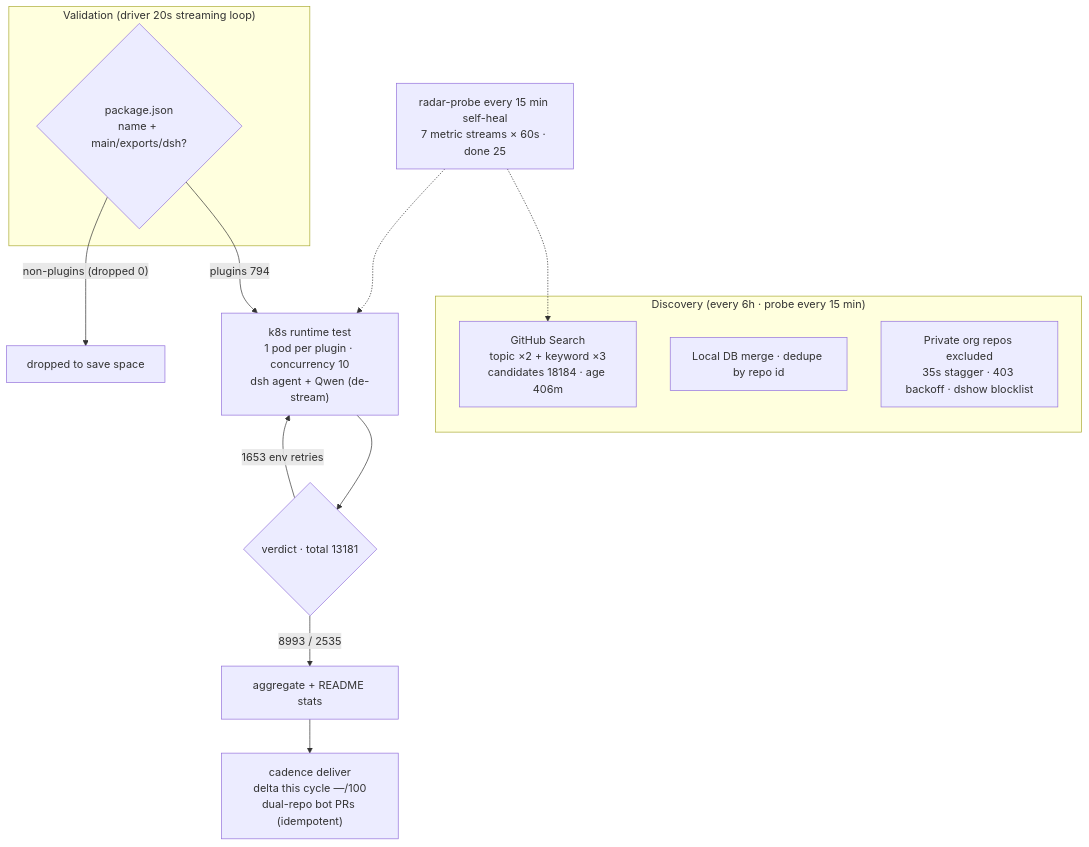
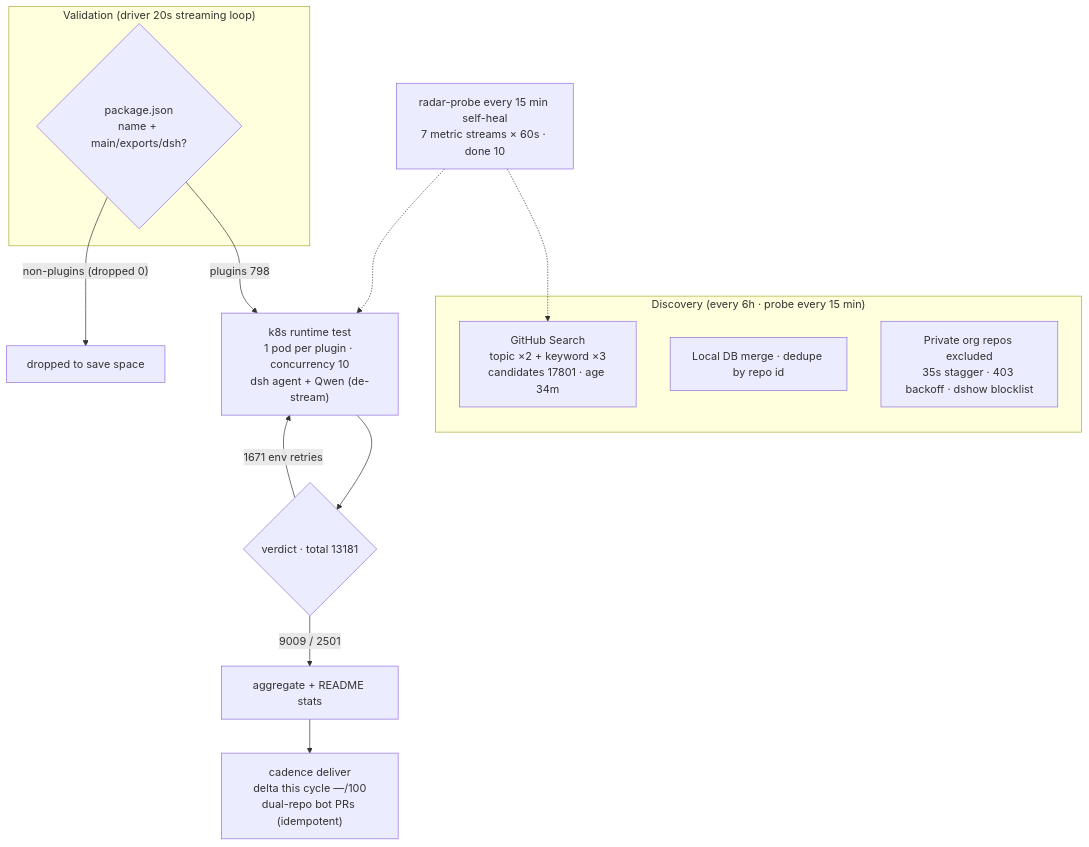
One commit to AdamPlatin123/awesome-dsh-plugins changed the diagram in README.en-US.md. Above: the diagram before and after it, drawn with Mermaid. The commit also changed other lines of this file and 5 other files, not shown here.

````diff
--- a/README.en-US.md
+++ b/README.en-US.md
@@ -45,20 +45,20 @@
 ```mermaid
 flowchart TB
     subgraph Discovery["Discovery (every 6h · probe every 15 min)"]
-        A1["GitHub Search<br/>topic ×2 + keyword ×3<br/>candidates 18184 · age 406m"]
+        A1["GitHub Search<br/>topic ×2 + keyword ×3<br/>candidates 17801 · age 34m"]
         A2["Local DB merge · dedupe by repo id"]
         A3["Private org repos excluded<br/>35s stagger · 403 backoff · dshow blocklist"]
     end
     subgraph Validation["Validation (driver 20s streaming loop)"]
         B1{"package.json<br/>name + main/exports/dsh?"}
     end
-    B1 -->|"plugins 794"| C1["k8s runtime test<br/>1 pod per plugin · concurrency 10<br/>dsh agent + Qwen (de-stream)"]
+    B1 -->|"plugins 798"| C1["k8s runtime test<br/>1 pod per plugin · concurrency 10<br/>dsh agent + Qwen (de-stream)"]
     B1 -->|"non-plugins (dropped 0)"| B3["dropped to save space"]
     C1 --> D1{"verdict · total 13181"}
-    D1 -->|"8993 / 2535"| E1["aggregate + README stats"]
-    D1 -->|"1653 env retries"| C1
+    D1 -->|"9009 / 2501"| E1["aggregate + README stats"]
+    D1 -->|"1671 env retries"| C1
     E1 --> E2["cadence deliver<br/>delta this cycle —/100<br/>dual-repo bot PRs (idempotent)"]
-    M["radar-probe every 15 min self-heal<br/>7 metric streams × 60s · done 25"]
+    M["radar-probe every 15 min self-heal<br/>7 metric streams × 60s · done 10"]
     M -.-> A1
     M -.-> C1
 ```
````
